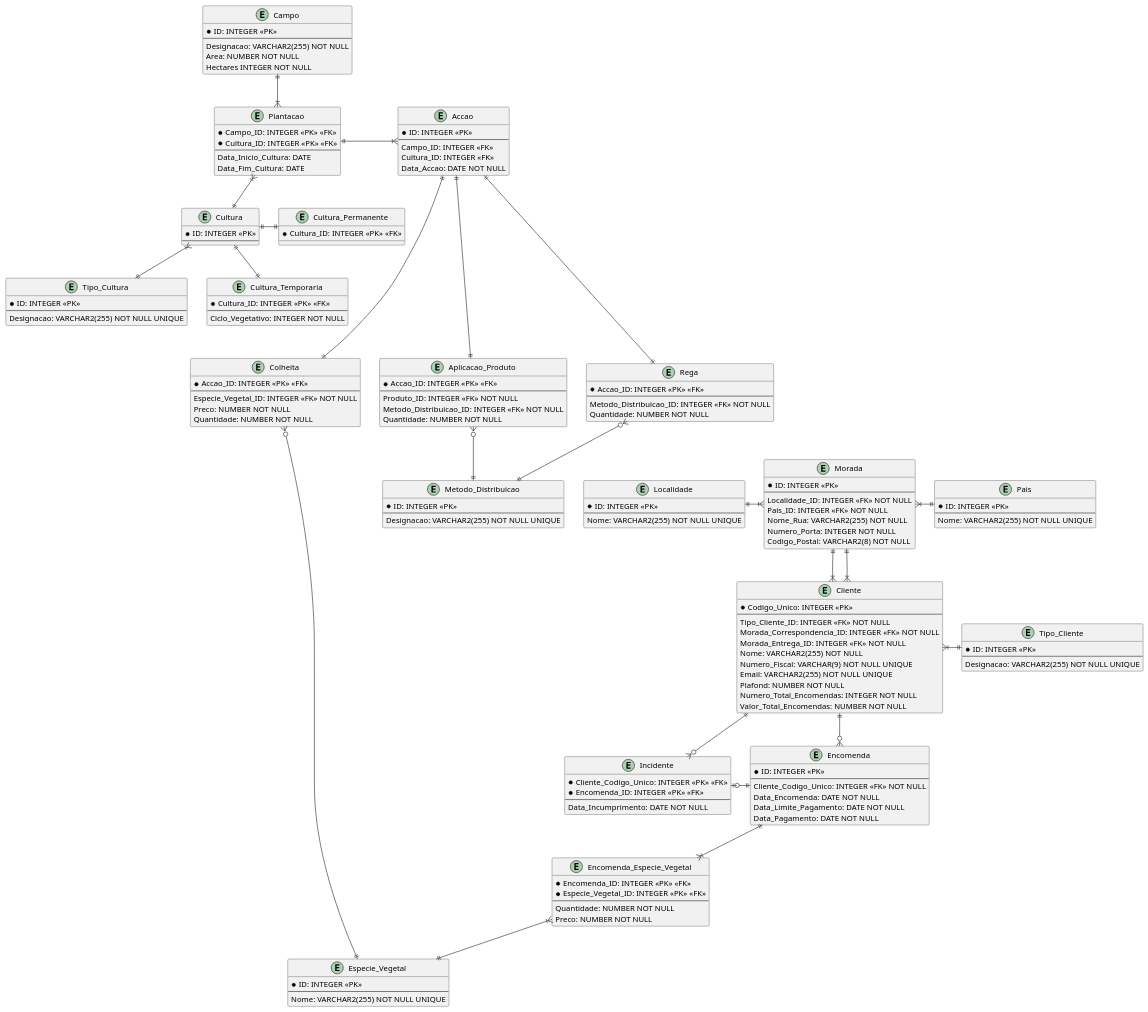
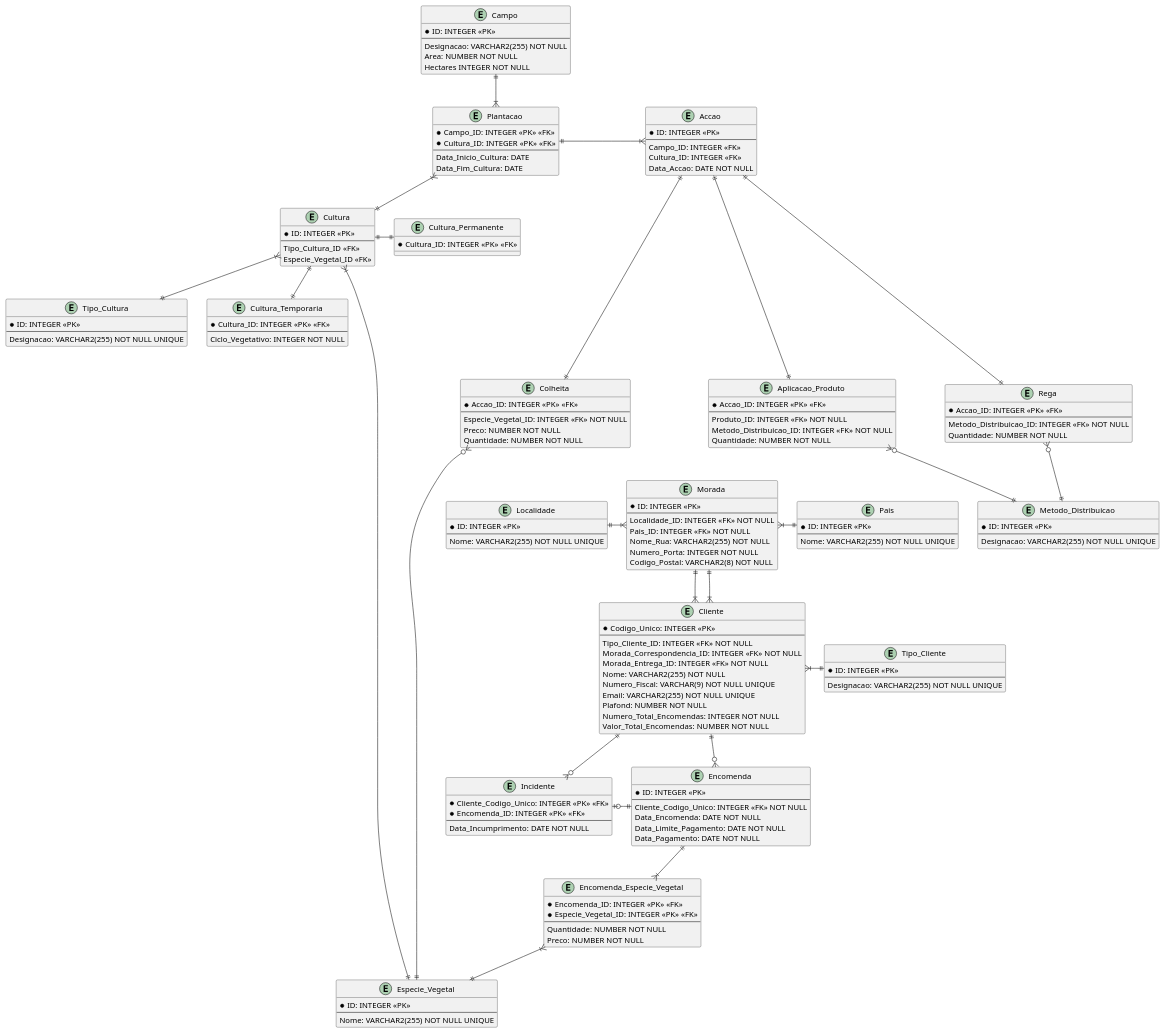
The diagram in BDDAD/Quinta-Finanças.puml (Mendoncaa/LAPR3), drawn with PlantUML before and after one commit. The commit also changed 2 other files, not shown here.

```diff
--- a/BDDAD/Quinta-Finanças.puml
+++ b/BDDAD/Quinta-Finanças.puml
@@ -18,6 +18,8 @@
 entity Cultura {
     * ID: INTEGER <<PK>>
     --
+    Tipo_Cultura_ID <<FK>>
+    Especie_Vegetal_ID <<FK>>
 }
 
 entity Tipo_Cultura {
@@ -170,6 +172,7 @@
 Cultura ||-d-|| Cultura_Temporaria
 Cultura ||-r-|| Cultura_Permanente
 Tipo_Cultura ||-u-|{ Cultura 
+Especie_Vegetal||-u-|{Cultura
 
 Plantacao ||-r-|{ Accao
 
```
